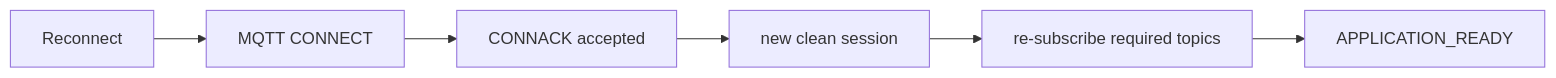
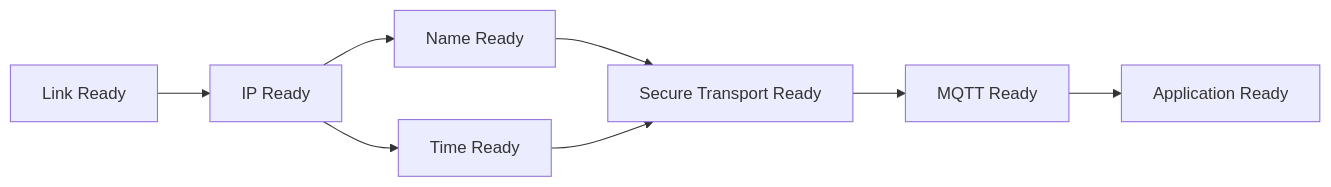
Before and after one commit to wdfk-prog/lwIP-Source-Lab: the second of 6 diagrams in docs/45-mcu-cloud-lifecycle.md, drawn with Mermaid. The commit also changed other lines of this file and 49 other files, not shown here.

````diff
--- a/docs/45-mcu-cloud-lifecycle.md
+++ b/docs/45-mcu-cloud-lifecycle.md
@@ -206,8 +55,10 @@
 ```mermaid
 flowchart LR
-    A["Reconnect"] --> B["MQTT CONNECT"]
-    B --> C["CONNACK accepted"]
-    C --> D["new clean session"]
-    D --> E["re-subscribe required topics"]
-    E --> F["APPLICATION_READY"]
+    A["Link Ready"] --> B["IP Ready"]
+    B --> C["Name Ready"]
+    B --> D["Time Ready"]
+    C --> E["Secure Transport Ready"]
+    D --> E
+    E --> F["MQTT Ready"]
+    F --> G["Application Ready"]
 ```
````
